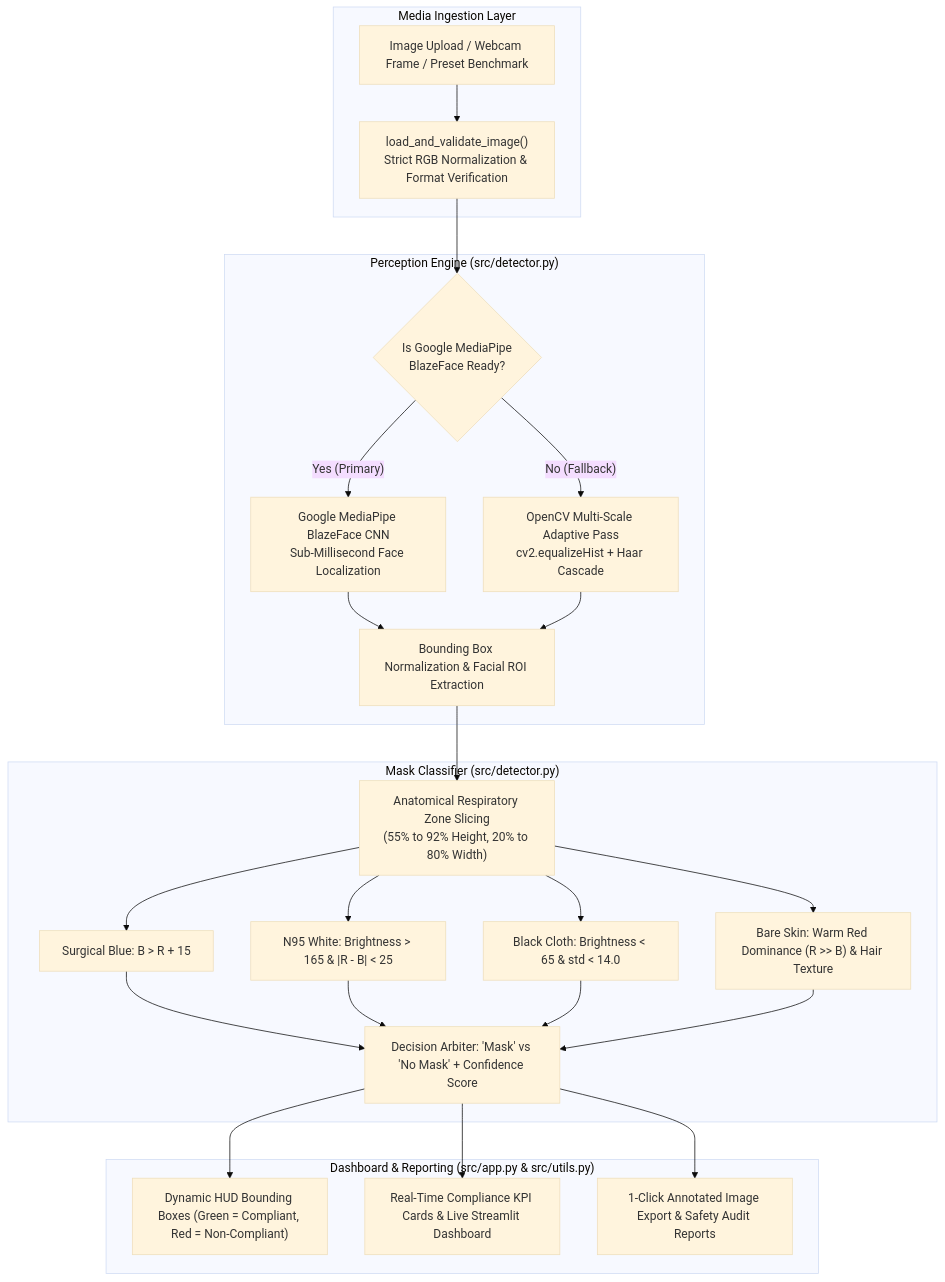
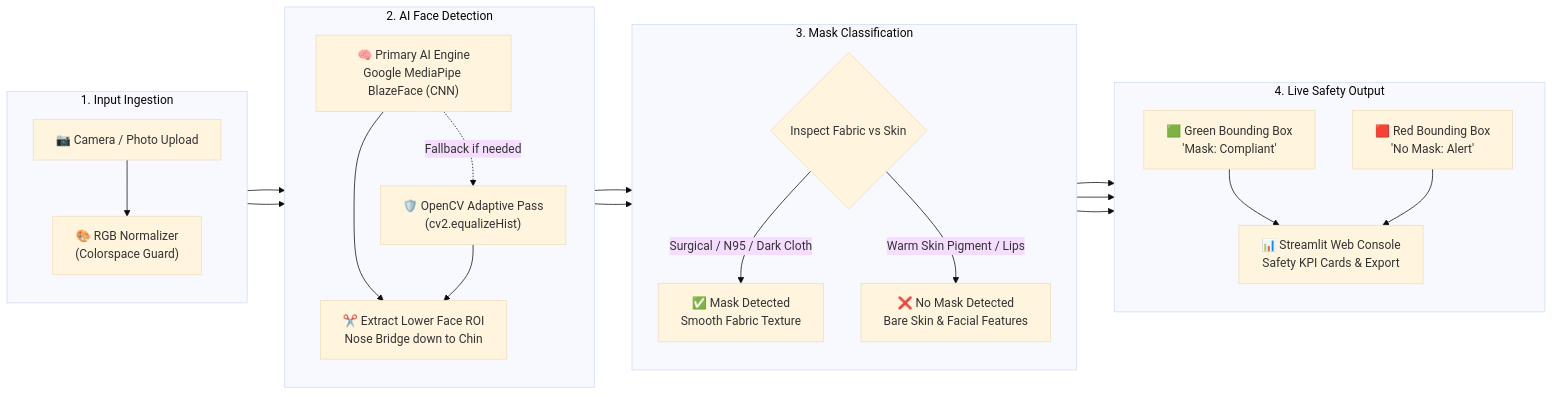
One commit to pankajatd/faceMask_detection_with_7SDLC_MultiAgents changed the diagram in README.md. Above: the diagram before and after it, drawn with Mermaid (base theme). The commit also changed other lines of this file, not shown here.

Commit message:
docs: streamline architecture flowchart to clean 4-stage pipeline with plain-English summary

````diff
--- a/README.md
+++ b/README.md
@@ -22,28 +22,34 @@
 ```mermaid
-flowchart TD
-    subgraph Ingestion ["Media Ingestion Layer"]
-        A["Image Upload / Webcam Frame / Preset Benchmark"] --> B["load_and_validate_image()<br/>Strict RGB Normalization & Format Verification"]
+flowchart LR
+    %% 1. Ingestion Layer
+    subgraph S1 ["1. Input Ingestion"]
+        direction TB
+        IN["📷 Camera / Photo Upload"] --> NORM["🎨 RGB Normalizer<br/>(Colorspace Guard)"]
     end
 
-    subgraph Perception ["Perception Engine (src/detector.py)"]
-        B --> C{"Is Google MediaPipe<br/>BlazeFace Ready?"}
-        C -- "Yes (Primary)" --> D["Google MediaPipe BlazeFace CNN<br/>Sub-Millisecond Face Localization"]
-        C -- "No (Fallback)" --> E["OpenCV Multi-Scale Adaptive Pass<br/>cv2.equalizeHist + Haar Cascade"]
-        D & E --> F["Bounding Box Normalization & Facial ROI Extraction"]
+    %% 2. Detection Layer
+    subgraph S2 ["2. AI Face Detection"]
+        direction TB
+        NORM --> CNN["🧠 Primary AI Engine<br/>Google MediaPipe BlazeFace (CNN)"]
+        CNN -. "Fallback if needed" .-> CV["🛡️ OpenCV Adaptive Pass<br/>(cv2.equalizeHist)"]
+        CNN & CV --> CROP["✂️ Extract Lower Face ROI<br/>Nose Bridge down to Chin"]
     end
 
-    subgraph Classification ["Mask Classifier (src/detector.py)"]
-        F --> G["Anatomical Respiratory Zone Slicing<br/>(55% to 92% Height, 20% to 80% Width)"]
-        G --> H1["Surgical Blue: B > R + 15"]
-        G --> H2["N95 White: Brightness > 165 & |R - B| < 25"]
-        G --> H3["Black Cloth: Brightness < 65 & std < 14.0"]
-        G --> H4["Bare Skin: Warm Red Dominance (R >> B) & Hair Texture"]
-        H1 & H2 & H3 & H4 --> I["Decision Arbiter: 'Mask' vs 'No Mask' + Confidence Score"]
+    %% 3. Mask Classification Layer
+    subgraph S3 ["3. Mask Classification"]
+        direction TB
+        CROP --> FEAT{"Inspect Fabric vs Skin"}
+        FEAT -->|"Surgical / N95 / Dark Cloth"| MASK["✅ Mask Detected<br/>Smooth Fabric Texture"]
+        FEAT -->|"Warm Skin Pigment / Lips"| NOMASK["❌ No Mask Detected<br/>Bare Skin & Facial Features"]
     end
 
-    subgraph Presentation ["Dashboard & Reporting (src/app.py & src/utils.py)"]
-        I --> J["Dynamic HUD Bounding Boxes (Green = Compliant, Red = Non-Compliant)"]
-        I --> K["Real-Time Compliance KPI Cards & Live Streamlit Dashboard"]
-        I --> L["1-Click Annotated Image Export & Safety Audit Reports"]
+    %% 4. Dashboard & HUD Layer
+    subgraph S4 ["4. Live Safety Output"]
+        direction TB
+        MASK --> HUD1["🟩 Green Bounding Box<br/>'Mask: Compliant'"]
+        NOMASK --> HUD2["🟥 Red Bounding Box<br/>'No Mask: Alert'"]
+        HUD1 & HUD2 --> DASH["📊 Streamlit Web Console<br/>Safety KPI Cards & Export"]
     end
+
+    S1 --> S2 --> S3 --> S4
 ```
````
